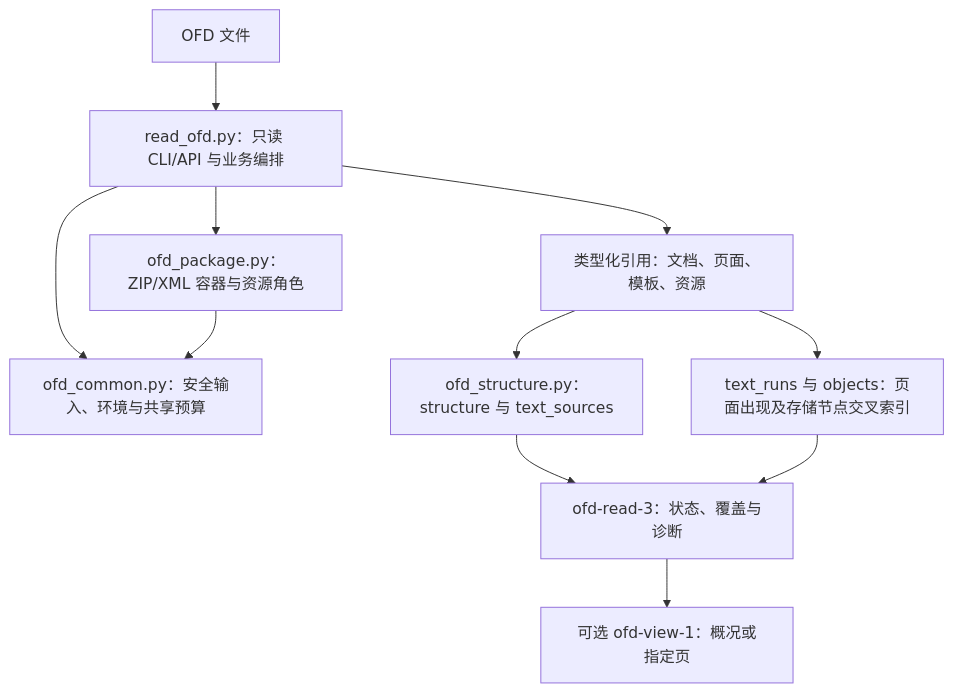
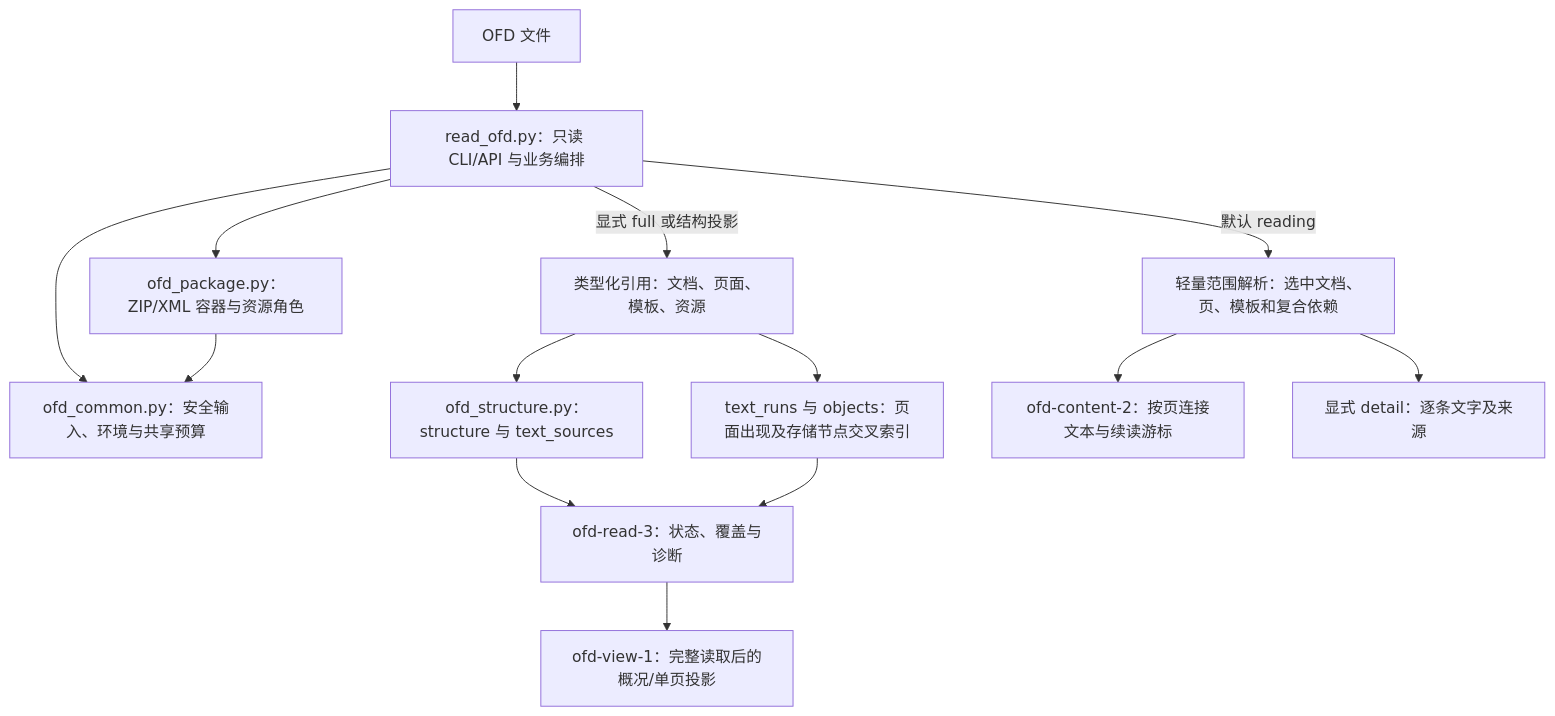
One commit to JohnParken/PSL-SKILLS changed the first of 2 diagrams in docs/skills/ofd.md. Above: the diagram before and after it, drawn with Mermaid. The commit also changed other lines of this file and 28 other files, not shown here.

Commit message:
feat(ofd): default to paginated text reading and recover unused templates

````diff
--- a/docs/skills/ofd.md
+++ b/docs/skills/ofd.md
@@ -19,13 +23,16 @@
 ```mermaid
 flowchart TD
     A["OFD 文件"] --> B["read_ofd.py：只读 CLI/API 与业务编排"]
     B --> BC["ofd_common.py：安全输入、环境与共享预算"]
     B --> BP["ofd_package.py：ZIP/XML 容器与资源角色"]
     BP --> BC
-    B --> C["类型化引用：文档、页面、模板、资源"]
+    B -->|"显式 full 或结构投影"| C["类型化引用：文档、页面、模板、资源"]
     C --> D["ofd_structure.py：structure 与 text_sources"]
     C --> E["text_runs 与 objects：页面出现及存储节点交叉索引"]
     D --> F["ofd-read-3：状态、覆盖与诊断"]
     E --> F
-    F --> G["可选 ofd-view-1：概况或指定页"]
+    F --> G["ofd-view-1：完整读取后的概况/单页投影"]
+    B -->|"默认 reading"| R["轻量范围解析：选中文档、页、模板和复合依赖"]
+    R --> RR["ofd-content-2：按页连接文本与续读游标"]
+    R --> RD["显式 detail：逐条文字及来源"]
 ```
````
